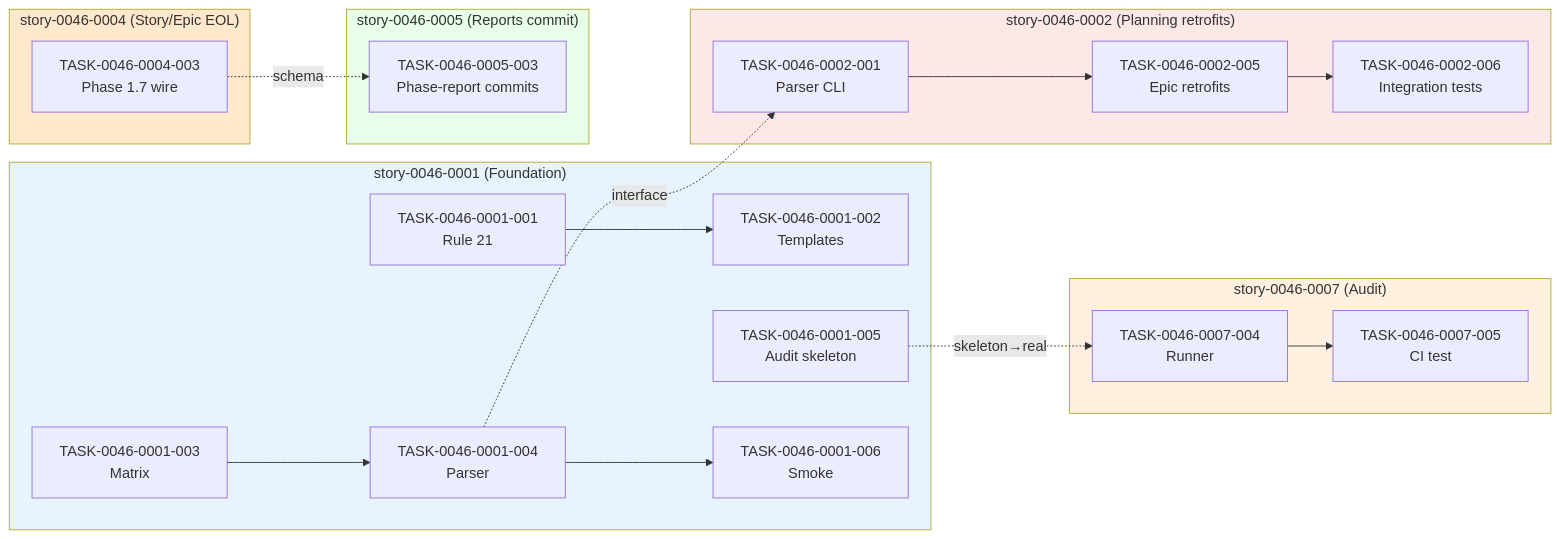
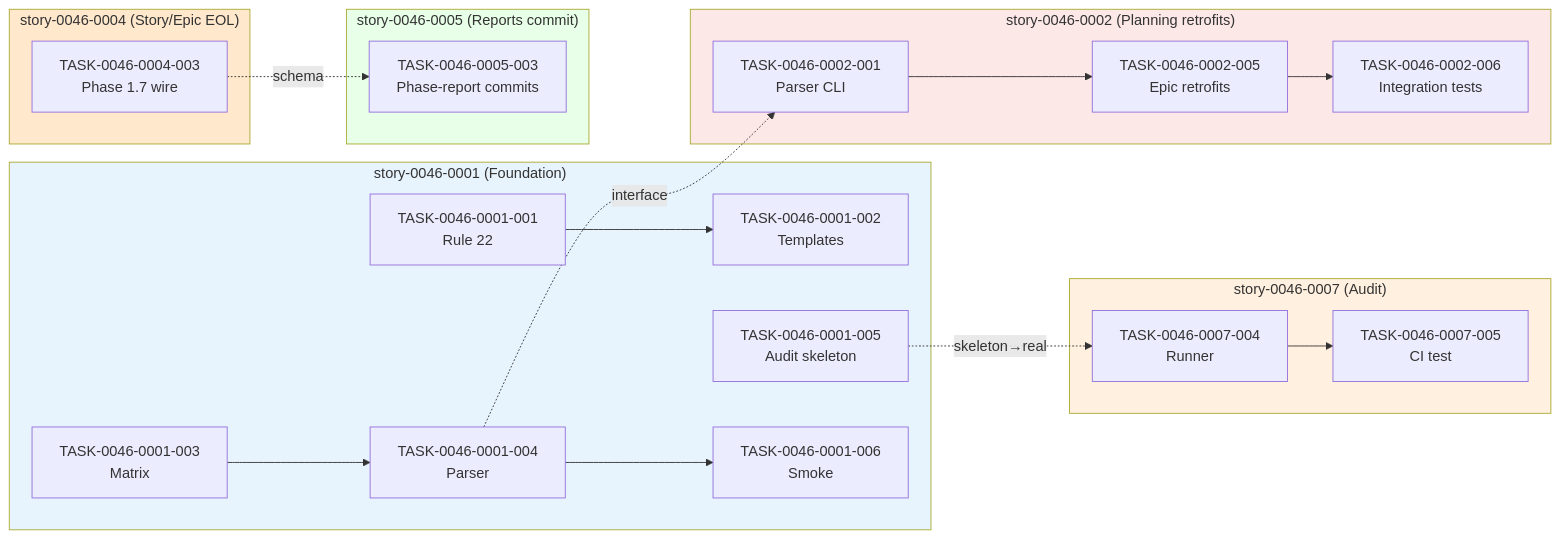
Before and after one commit to edercnj/ia-dev-environment: the second of 2 diagrams in plans/epic-0046/IMPLEMENTATION-MAP.md, drawn with Mermaid. The commit also changed other lines of this file and 123 other files, not shown here.

````diff
--- a/plans/epic-0046/IMPLEMENTATION-MAP.md
+++ b/plans/epic-0046/IMPLEMENTATION-MAP.md
@@ -260,45 +260,45 @@
 ```mermaid
 graph LR
     subgraph s01["story-0046-0001 (Foundation)"]
         style s01 fill:#e8f4fd
-        T0101["TASK-0046-0001-001<br/>Rule 21"]
+        T0101["TASK-0046-0001-001<br/>Rule 22"]
         T0103["TASK-0046-0001-003<br/>Matrix"]
         T0104["TASK-0046-0001-004<br/>Parser"]
         T0102["TASK-0046-0001-002<br/>Templates"]
         T0105["TASK-0046-0001-005<br/>Audit skeleton"]
         T0106["TASK-0046-0001-006<br/>Smoke"]
         T0103 --> T0104
         T0104 --> T0106
         T0101 --> T0102
     end
 
     subgraph s02["story-0046-0002 (Planning retrofits)"]
         style s02 fill:#fde8e8
         T0201["TASK-0046-0002-001<br/>Parser CLI"]
         T0205["TASK-0046-0002-005<br/>Epic retrofits"]
         T0206["TASK-0046-0002-006<br/>Integration tests"]
         T0201 --> T0205
         T0205 --> T0206
     end
 
     subgraph s04["story-0046-0004 (Story/Epic EOL)"]
         style s04 fill:#ffe8cc
         T0403["TASK-0046-0004-003<br/>Phase 1.7 wire"]
     end
 
     subgraph s05["story-0046-0005 (Reports commit)"]
         style s05 fill:#e8ffe8
         T0503["TASK-0046-0005-003<br/>Phase-report commits"]
     end
 
     subgraph s07["story-0046-0007 (Audit)"]
         style s07 fill:#fff0e0
         T0704["TASK-0046-0007-004<br/>Runner"]
         T0705["TASK-0046-0007-005<br/>CI test"]
         T0704 --> T0705
     end
 
     T0104 -.->|interface| T0201
     T0403 -.->|schema| T0503
     T0105 -.->|skeleton→real| T0704
 ```
````
